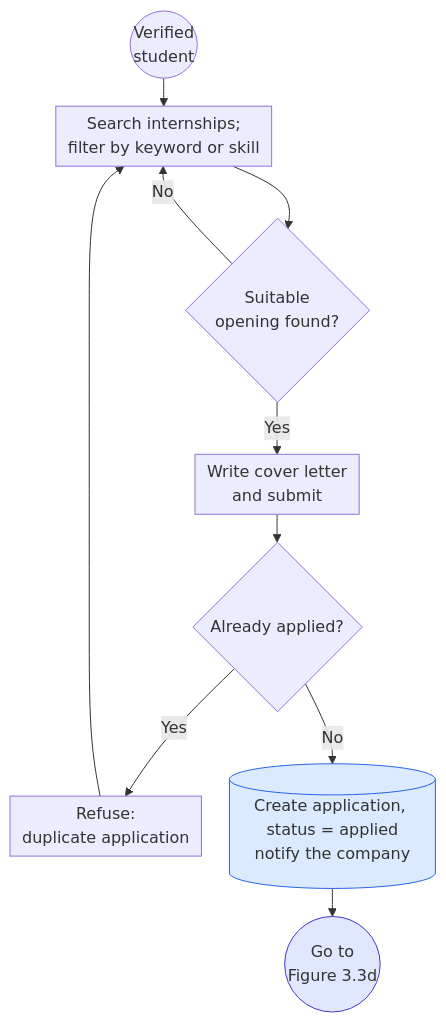
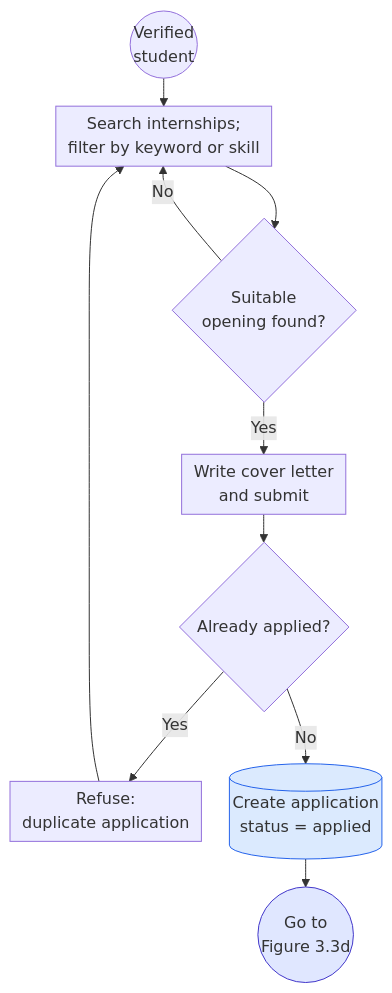
Before and after one commit to RamSinghKarki/Internship_Portal: the fourth of 9 diagrams in docs/Internship_Portal_Report.md, drawn with Mermaid. The commit also changed other lines of this file and 43 other files, not shown here.

First line of the commit message:
Rebuild every document around the 8-table schema

````diff
--- a/docs/Internship_Portal_Report.md
+++ b/docs/Internship_Portal_Report.md
@@ -796,15 +779,15 @@
 ```mermaid
 %%{init: {"flowchart": {"rankSpacing": 28, "nodeSpacing": 28, "padding": 6}} }%%
 flowchart TD
     IN((Verified<br/>student)) --> A9[Search internships;<br/>filter by keyword or skill]
     A9 --> D3{Suitable<br/>opening found?}
     D3 -->|No| A9
     D3 -->|Yes| A11[Write cover letter<br/>and submit]
     A11 --> D4{Already applied?}
     D4 -->|Yes| A12[Refuse:<br/>duplicate application]
     A12 --> A9
-    D4 -->|No| A13[(Create application, status = applied<br/>notify the company)]
+    D4 -->|No| A13[(Create application<br/>status = applied)]
     A13 --> GO((Go to<br/>Figure 3.3d))
     style A13 fill:#dbeafe,stroke:#2563eb
     style GO fill:#e0e7ff,stroke:#4338ca
 ```
````
